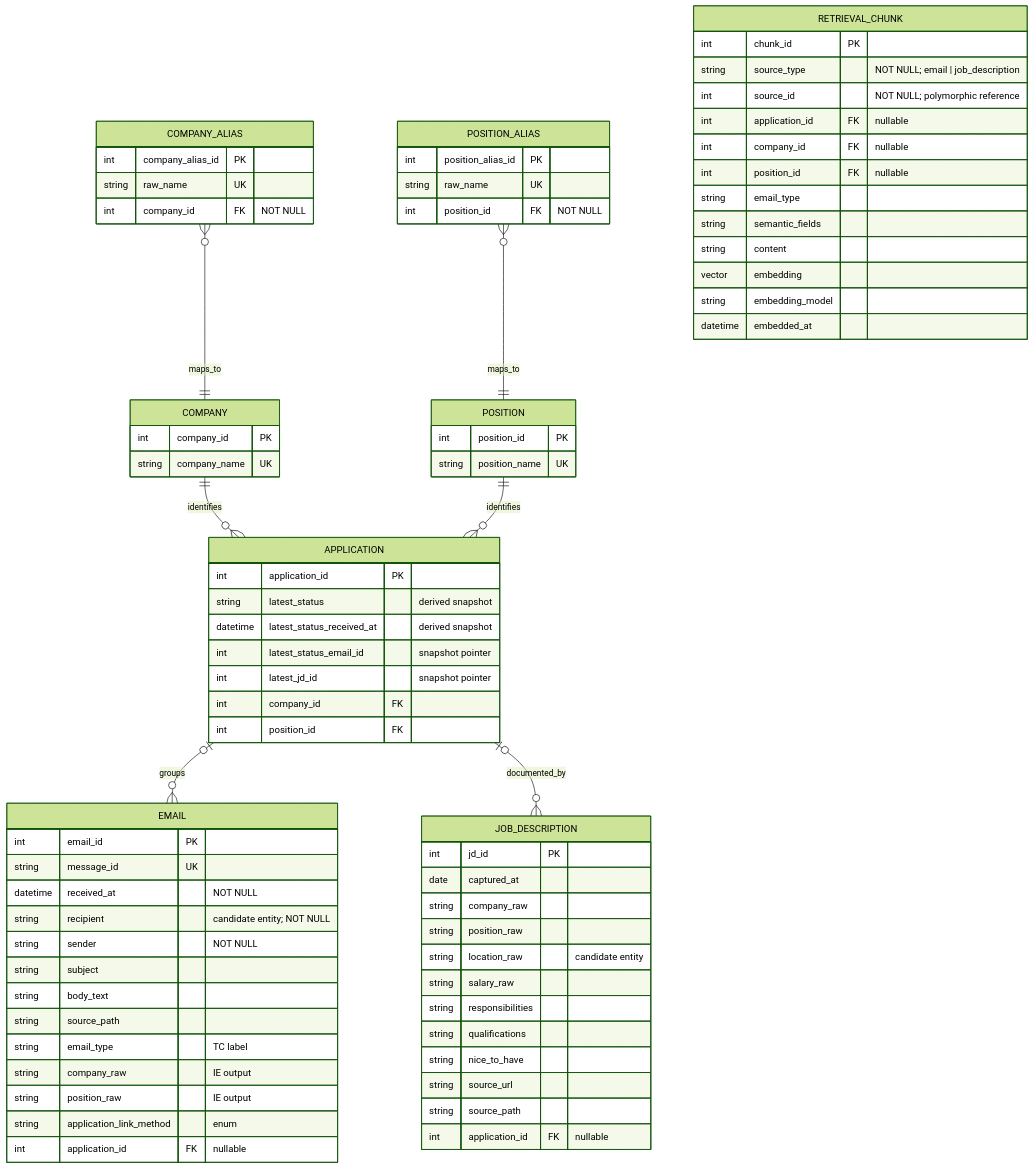
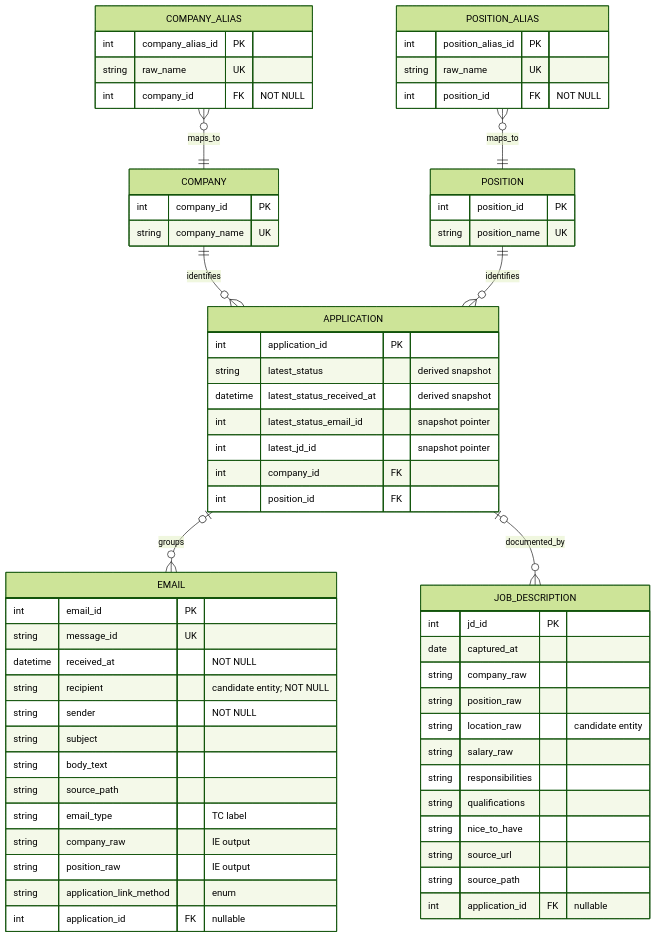
One commit to Kaichao-Zheng/Heard-Back-Yet changed the first of 2 diagrams in docs/logical_schema.md. Above: the diagram before and after it, drawn with Mermaid (forest theme).

Commit message:
docs: reorder logical schema

```diff
--- a/docs/logical_schema.md
+++ b/docs/logical_schema.md
@@ -62,21 +62,6 @@
         string source_path
         int application_id FK "nullable"
     }
-
-    RETRIEVAL_CHUNK {
-        int chunk_id PK
-        string source_type "NOT NULL; email | job_description"
-        int source_id "NOT NULL; polymorphic reference"
-        int application_id FK "nullable"
-        int company_id FK "nullable"
-        int position_id FK "nullable"
-        string email_type
-        string semantic_fields
-        string content
-        vector embedding
-        string embedding_model
-        datetime embedded_at
-    }
     
     COMPANY_ALIAS }o--|| COMPANY : maps_to
     POSITION_ALIAS }o--|| POSITION : maps_to
```
